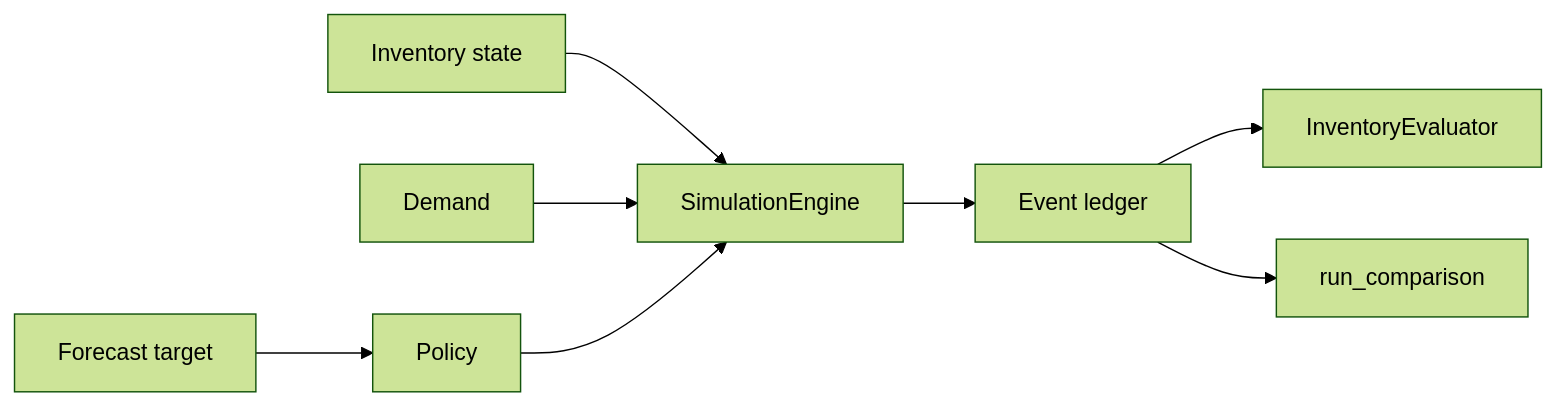
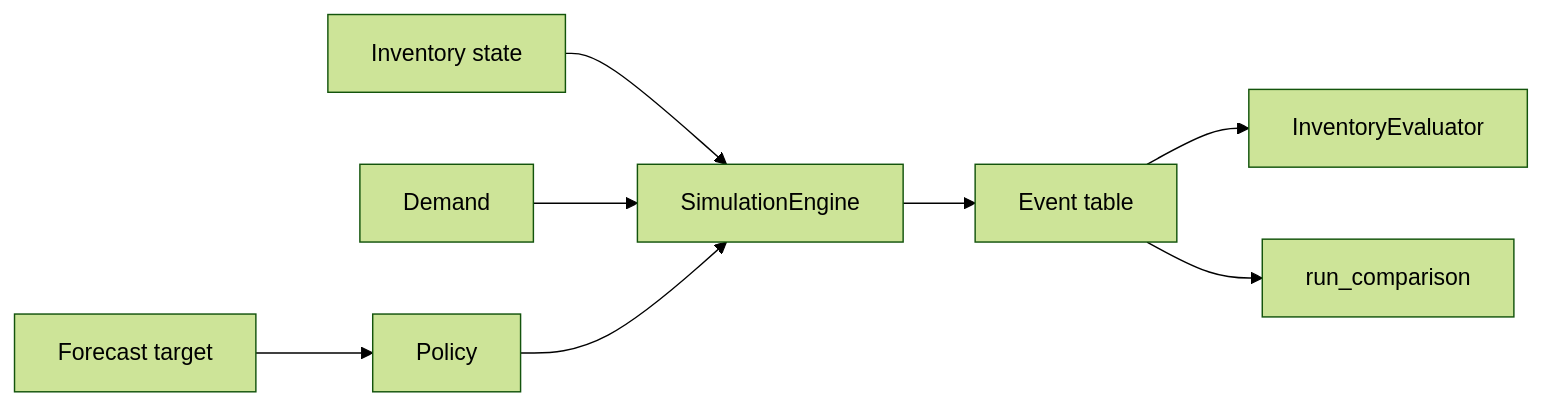
The diagram in docs/learn/08-compare.md (FilTheo/stockcast), drawn with Mermaid (forest theme) before and after one commit. The commit also changed 66 other files, not shown here.

First line of the commit message:
Docs: call the run record the "event table", not the "ledger"

````diff
--- a/docs/learn/08-compare.md
+++ b/docs/learn/08-compare.md
@@ -113,10 +113,10 @@
 ```mermaid
 flowchart LR
     S[Inventory state] --> E
     D[Demand] --> E
     F[Forecast target] --> P[Policy]
     P --> E[SimulationEngine]
-    E --> L[Event ledger]
+    E --> L[Event table]
     L --> V[InventoryEvaluator]
     L --> C[run_comparison]
 ```
````
